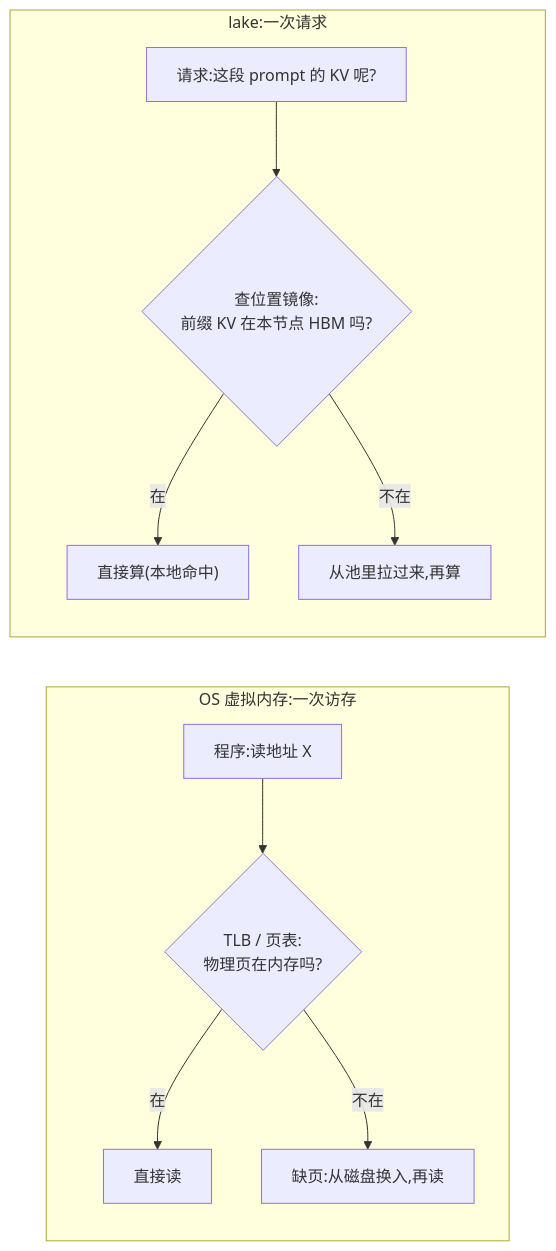
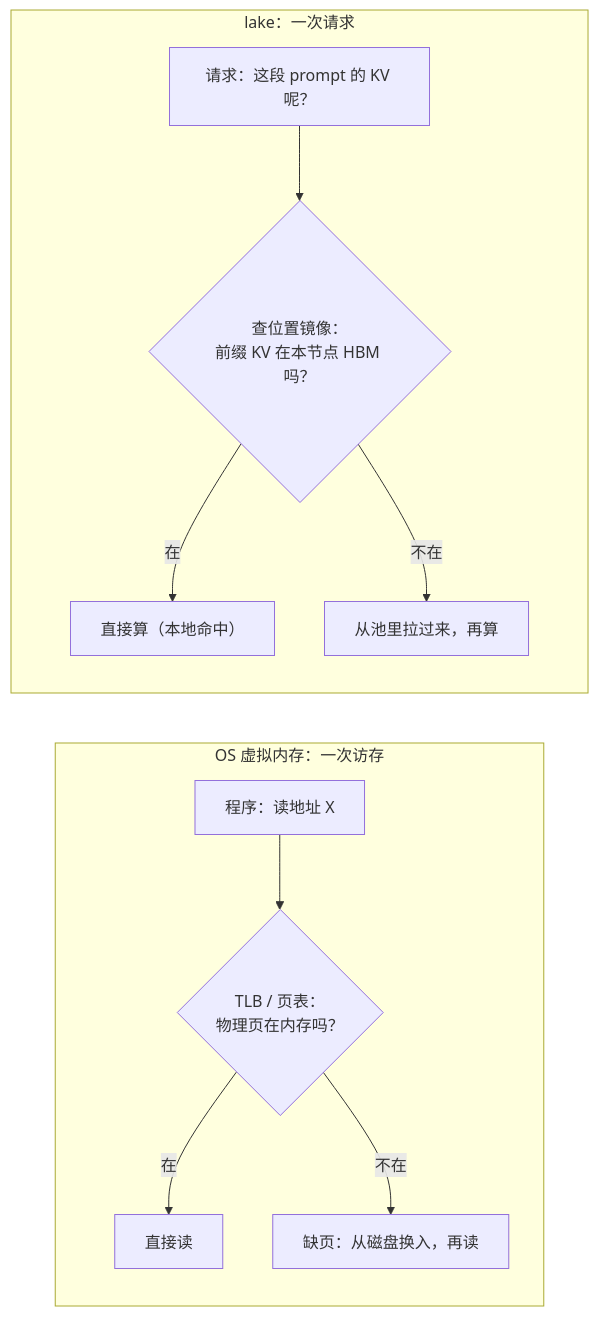
The diagram in docs/architecture/kv-virtual-memory.md (chengda-wu/lake), drawn with Mermaid before and after one commit. The commit also changed other lines of this file, not shown here.

````diff
--- a/docs/architecture/kv-virtual-memory.md
+++ b/docs/architecture/kv-virtual-memory.md
@@ -123,15 +123,15 @@
 ```mermaid
 flowchart LR
-    subgraph os["OS 虚拟内存:一次访存"]
+    subgraph os["OS 虚拟内存：一次访存"]
         direction TB
-        a1["程序:读地址 X"] --> a2{"TLB / 页表:\n物理页在内存吗?"}
+        a1["程序：读地址 X"] --> a2{"TLB / 页表：\n物理页在内存吗？"}
         a2 -->|"在"| a3["直接读"]
-        a2 -->|"不在"| a4["缺页:从磁盘换入,再读"]
+        a2 -->|"不在"| a4["缺页：从磁盘换入，再读"]
     end
-    subgraph lk["lake:一次请求"]
+    subgraph lk["lake：一次请求"]
         direction TB
-        b1["请求:这段 prompt 的 KV 呢?"] --> b2{"查位置镜像:\n前缀 KV 在本节点 HBM 吗?"}
-        b2 -->|"在"| b3["直接算(本地命中)"]
-        b2 -->|"不在"| b4["从池里拉过来,再算"]
+        b1["请求：这段 prompt 的 KV 呢？"] --> b2{"查位置镜像：\n前缀 KV 在本节点 HBM 吗？"}
+        b2 -->|"在"| b3["直接算（本地命中）"]
+        b2 -->|"不在"| b4["从池里拉过来，再算"]
     end
 ```
````
